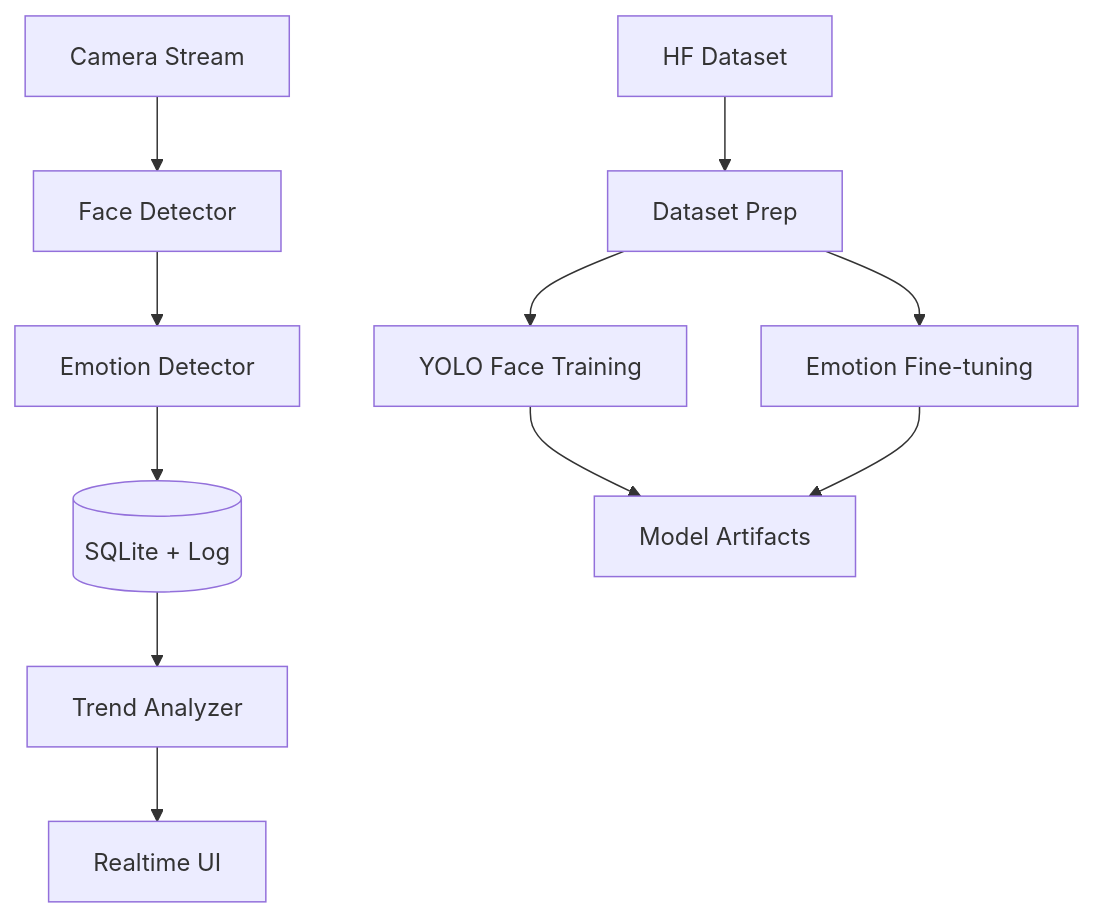
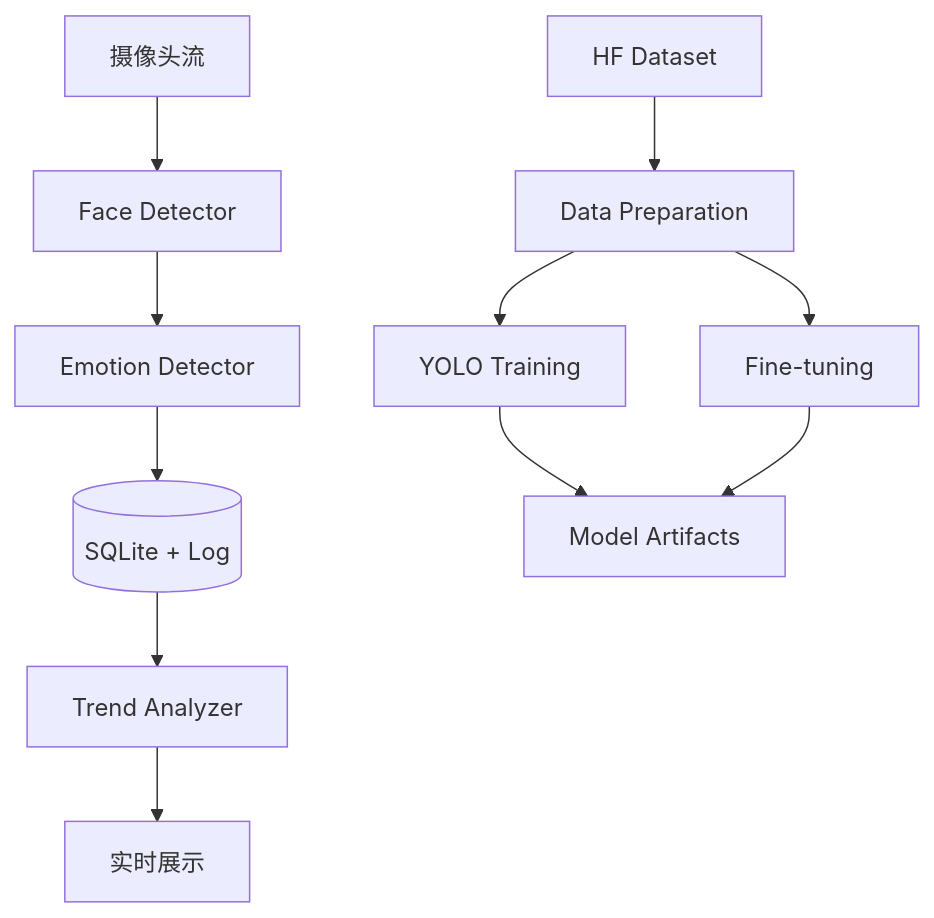
The diagram in README.md (sudo-yf/Test2504), drawn with Mermaid before and after one commit. The commit also changed other lines of this file, not shown here.

````diff
--- a/README.md
+++ b/README.md
@@ -48,14 +32,14 @@
 ```mermaid
 graph TD
-    Cam[Camera Stream] --> FaceDet[Face Detector]
-    FaceDet --> EmoDet[Emotion Detector]
-    EmoDet --> Store[(SQLite + Log)]
-    Store --> Analytics[Trend Analyzer]
-    Analytics --> UI[Realtime UI]
+    Camera[摄像头流] --> FaceDet[Face Detector]
+    FaceDet --> Emotion[Emotion Detector]
+    Emotion --> Store[(SQLite + Log)]
+    Store --> Analyzer[Trend Analyzer]
+    Analyzer --> UI[实时展示]
 
-    HF[HF Dataset] --> Prep[Dataset Prep]
-    Prep --> YOLO[YOLO Face Training]
-    Prep --> FT[Emotion Fine-tuning]
-    YOLO --> Deploy[Model Artifacts]
-    FT --> Deploy
+    HF[HF Dataset] --> Prep[Data Preparation]
+    Prep --> YTrain[YOLO Training]
+    Prep --> FTTrain[Fine-tuning]
+    YTrain --> Artifacts[Model Artifacts]
+    FTTrain --> Artifacts
 ```
````
